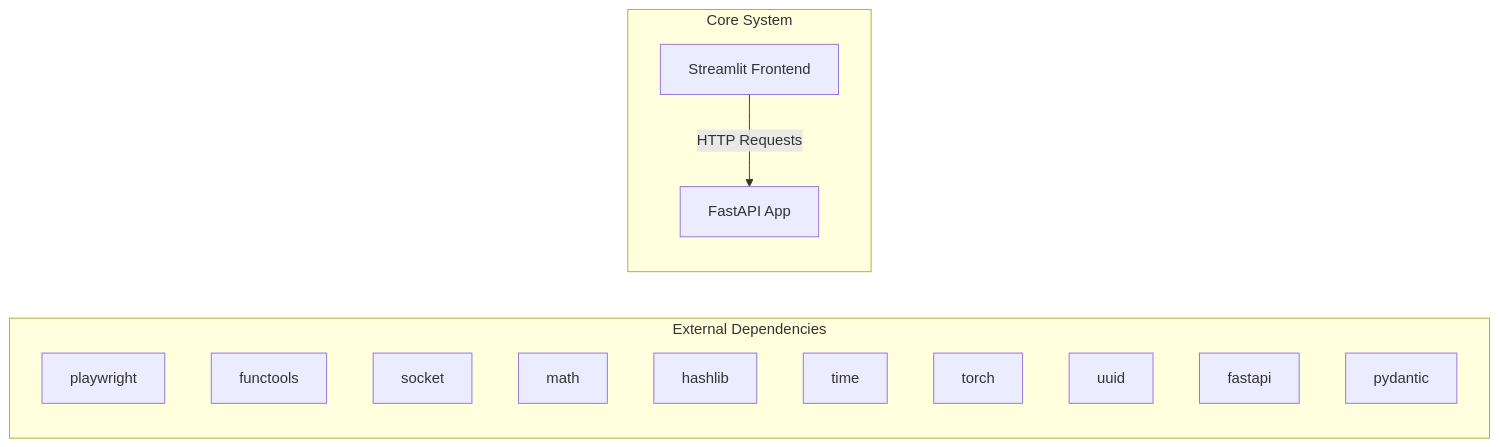
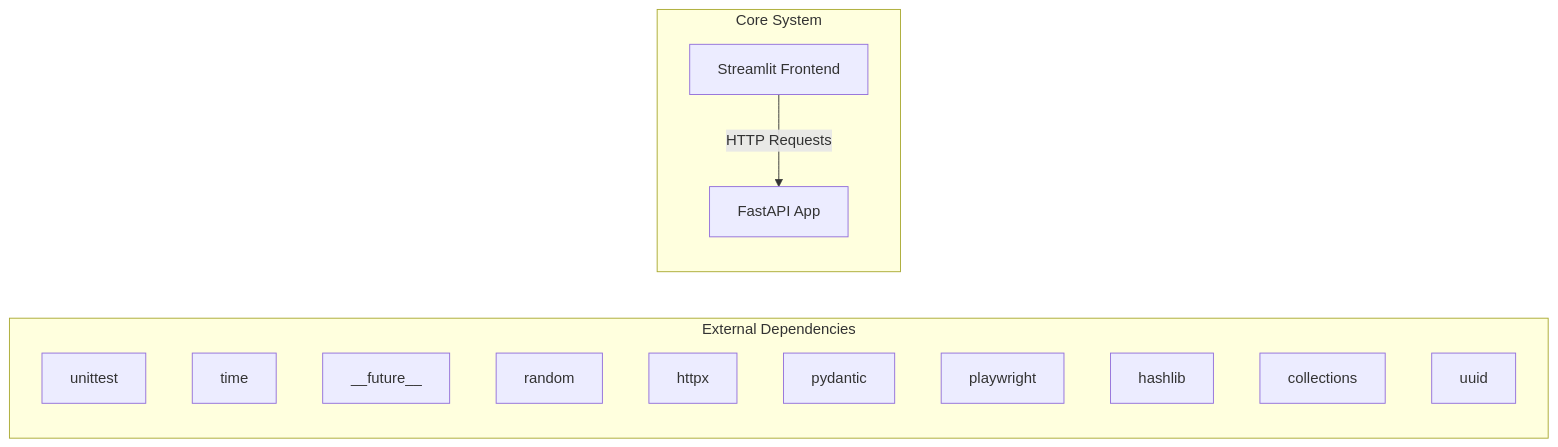
The first of 2 diagrams in docs/architecture.md (NITISH-R-G/rag-context-optimizer), drawn with Mermaid before and after one commit. The commit also changed 1 other file, not shown here.

Commit message:
docs: auto-update repository knowledge, architecture diagrams, and documentation

````diff
--- a/docs/architecture.md
+++ b/docs/architecture.md
@@ -7,20 +7,20 @@
 ```mermaid
 graph LR
     subgraph External Dependencies
-        E0["playwright"]
-        E1["functools"]
-        E2["socket"]
-        E3["math"]
-        E4["hashlib"]
-        E5["time"]
-        E6["torch"]
-        E7["uuid"]
-        E8["fastapi"]
-        E9["pydantic"]
+        E0["unittest"]
+        E1["time"]
+        E2["__future__"]
+        E3["random"]
+        E4["httpx"]
+        E5["pydantic"]
+        E6["playwright"]
+        E7["hashlib"]
+        E8["collections"]
+        E9["uuid"]
     end
     subgraph Core System
         API["FastAPI App"]
         UI["Streamlit Frontend"]
     end
     UI -->|HTTP Requests| API
 ```
````
